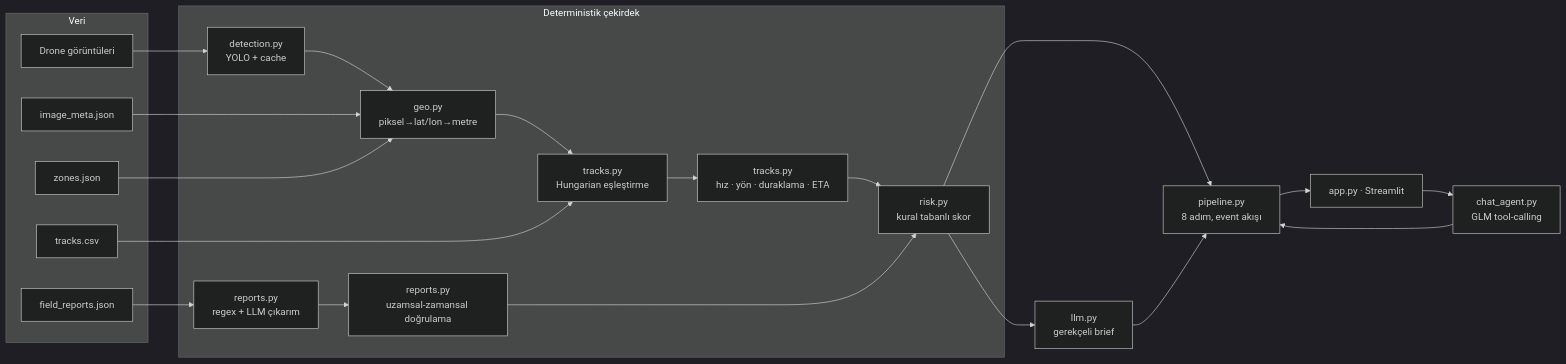
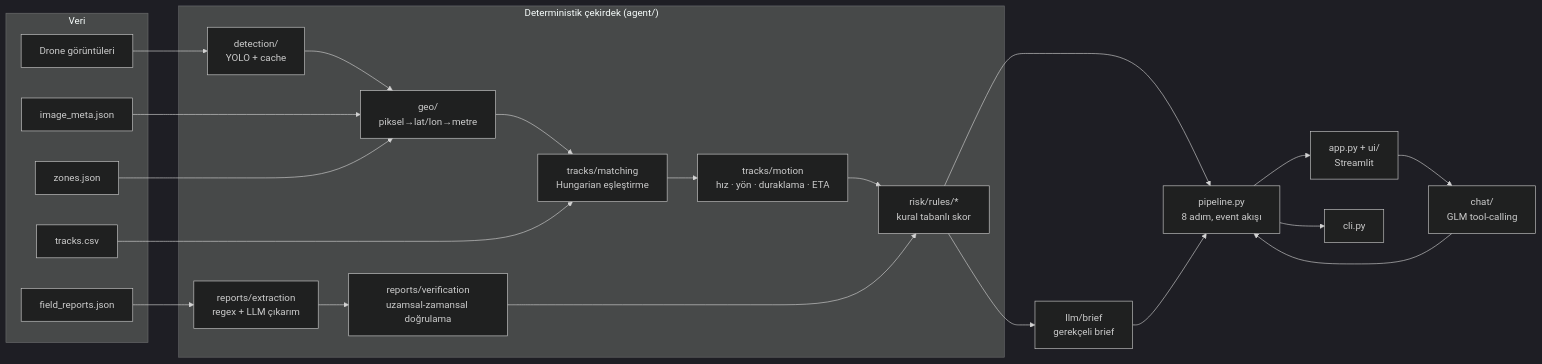
The diagram in README.md (karaokteam/dss), drawn with Mermaid (dark theme) before and after one commit. The commit also changed other lines of this file and 153 other files, not shown here.

````diff
--- a/README.md
+++ b/README.md
@@ -5,23 +61,24 @@
 ```mermaid
 flowchart LR
   subgraph Veri
     IMG[Drone görüntüleri] ; META[image_meta.json] ; ZON[zones.json]
     TRK[tracks.csv] ; REP[field_reports.json]
   end
-  subgraph Deterministik çekirdek
-    DET[detection.py<br/>YOLO + cache] --> GEO[geo.py<br/>piksel→lat/lon→metre]
-    GEO --> MAT[tracks.py<br/>Hungarian eşleştirme]
-    MAT --> MOT[tracks.py<br/>hız · yön · duraklama · ETA]
-    REP --> PAR[reports.py<br/>regex + LLM çıkarım]
-    PAR --> VER[reports.py<br/>uzamsal-zamansal doğrulama]
-    MOT --> RSK[risk.py<br/>kural tabanlı skor]
+  subgraph "Deterministik çekirdek (agent/)"
+    DET[detection/<br/>YOLO + cache] --> GEO[geo/<br/>piksel→lat/lon→metre]
+    GEO --> MAT[tracks/matching<br/>Hungarian eşleştirme]
+    MAT --> MOT[tracks/motion<br/>hız · yön · duraklama · ETA]
+    REP --> PAR[reports/extraction<br/>regex + LLM çıkarım]
+    PAR --> VER[reports/verification<br/>uzamsal-zamansal doğrulama]
+    MOT --> RSK[risk/rules/*<br/>kural tabanlı skor]
     VER --> RSK
   end
   IMG --> DET ; META --> GEO ; ZON --> GEO ; TRK --> MAT
-  RSK --> BRF[llm.py<br/>gerekçeli brief]
+  RSK --> BRF[llm/brief<br/>gerekçeli brief]
   RSK --> PIPE[pipeline.py<br/>8 adım, event akışı]
   BRF --> PIPE
-  PIPE --> UI[app.py · Streamlit]
-  CHAT[chat_agent.py<br/>GLM tool-calling] --> PIPE
+  PIPE --> UI[app.py + ui/<br/>Streamlit]
+  PIPE --> CLI[cli.py]
+  CHAT[chat/<br/>GLM tool-calling] --> PIPE
   UI --> CHAT
 ```
````
